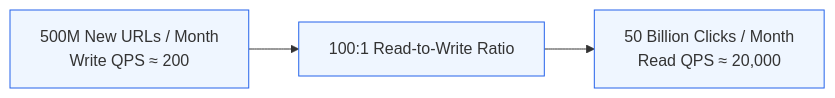
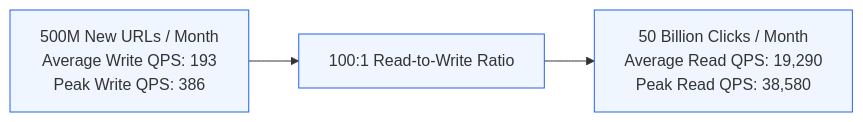
The first of 4 diagrams in 05-real-world-case-studies/01-url-shortener.md (kvai9826/system-design-for-program-managers), drawn with Mermaid before and after one commit. The commit also changed other lines of this file and 30 other files, not shown here.

````diff
--- a/05-real-world-case-studies/01-url-shortener.md
+++ b/05-real-world-case-studies/01-url-shortener.md
@@ -22,8 +42,8 @@
 ```mermaid
 flowchart LR
-    W[500M New URLs / Month<br/>Write QPS ≈ 200] --> Ratio[100:1 Read-to-Write Ratio]
-    Ratio --> R[50 Billion Clicks / Month<br/>Read QPS ≈ 20,000]
+    W[500M New URLs / Month<br/>Average Write QPS: 193<br/>Peak Write QPS: 386] --> Ratio[100:1 Read-to-Write Ratio]
+    Ratio --> R[50 Billion Clicks / Month<br/>Average Read QPS: 19,290<br/>Peak Read QPS: 38,580]
 
-    classDef math fill:#eff6ff,stroke:#2563eb,stroke-width:1px;
-    class W,Ratio,R math;
+    classDef mathStyle fill:#eff6ff,stroke:#2563eb,stroke-width:1px;
+    class W,Ratio,R mathStyle;
 ```
````
